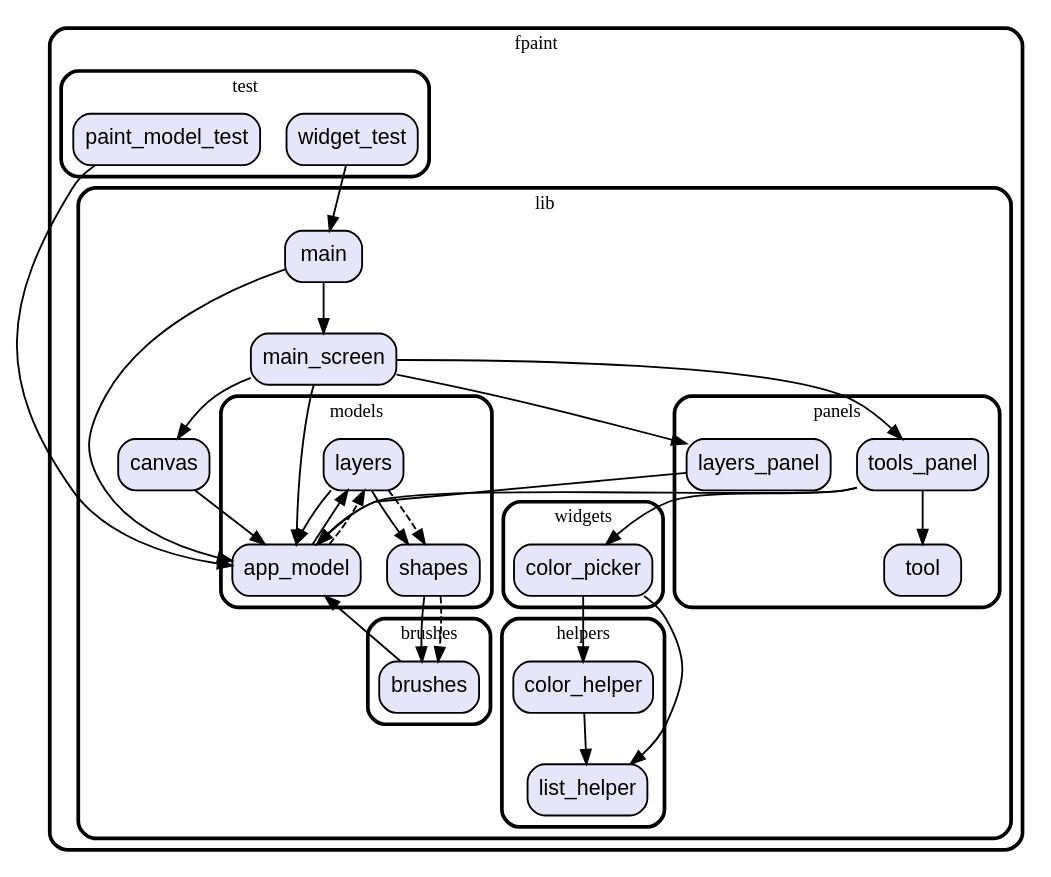
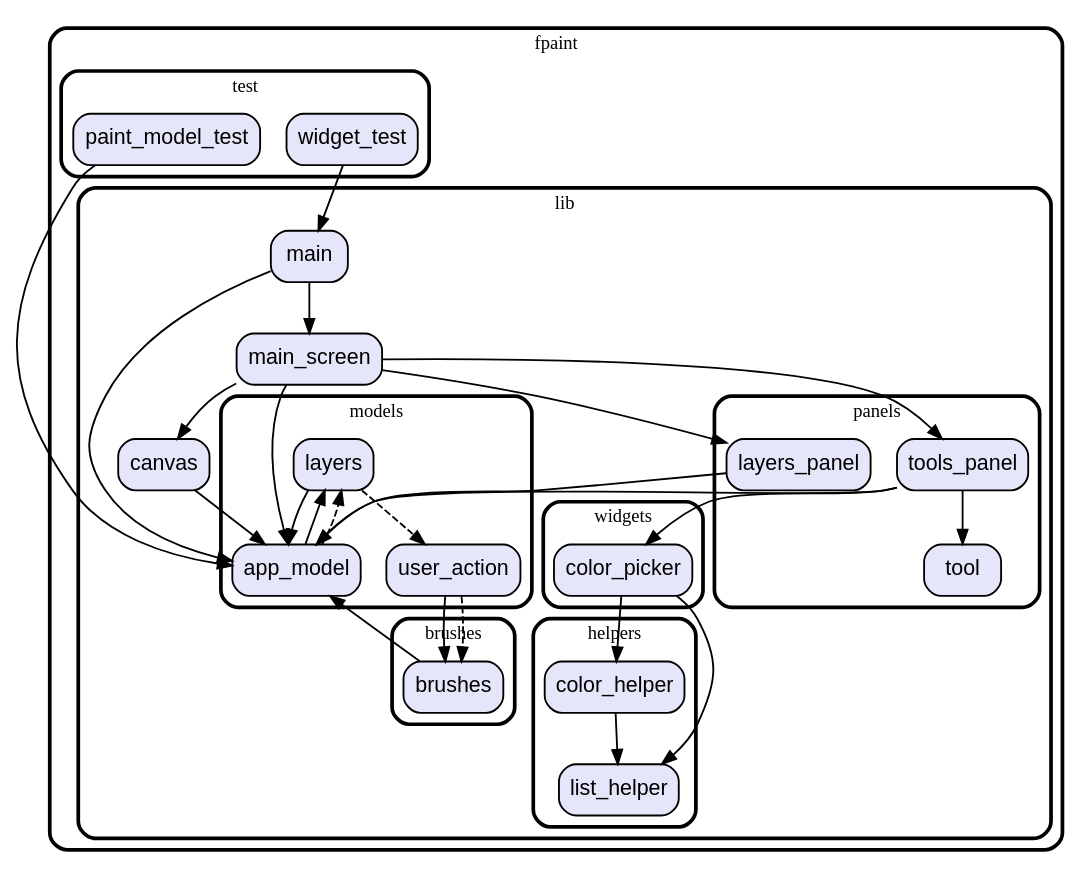
The diagram in graph.dot (vteam-com/fPaint), drawn with Graphviz before and after one commit. The commit also changed 9 other files, not shown here.

Commit message:
refactor rename to Tools and UserAction

```diff
--- a/graph.dot
+++ b/graph.dot
@@ -1,83 +1,82 @@
 digraph "" {
   graph [style=rounded fontname="Arial Black" fontsize=13 penwidth=2.6];
   node [shape=rect style="filled,rounded" fontname=Arial fontsize=15 fillcolor=Lavender penwidth=1.3];
   edge [penwidth=1.3];
   "/test/paint_model_test.dart" [label="paint_model_test"];
   "/test/widget_test.dart" [label="widget_test"];
   "/lib/brushes/brushes.dart" [label="brushes"];
   "/lib/panels/tools_panel.dart" [label="tools_panel"];
   "/lib/panels/layers_panel.dart" [label="layers_panel"];
   "/lib/panels/tool.dart" [label="tool"];
   "/lib/models/layers.dart" [label="layers"];
-  "/lib/models/shapes.dart" [label="shapes"];
+  "/lib/models/user_action.dart" [label="user_action"];
   "/lib/models/app_model.dart" [label="app_model"];
   "/lib/main.dart" [label="main"];
   "/lib/canvas.dart" [label="canvas"];
   "/lib/main_screen.dart" [label="main_screen"];
   "/lib/helpers/list_helper.dart" [label="list_helper"];
   "/lib/helpers/color_helper.dart" [label="color_helper"];
   "/lib/widgets/color_picker.dart" [label="color_picker"];
   subgraph "cluster~" {
     label="fpaint";
     subgraph "cluster~/test" {
       label="test";
       "/test/paint_model_test.dart";
       "/test/widget_test.dart";
     }
     subgraph "cluster~/lib" {
       label="lib";
       "/lib/main.dart";
       "/lib/canvas.dart";
       "/lib/main_screen.dart";
       subgraph "cluster~/lib/brushes" {
         label="brushes";
         "/lib/brushes/brushes.dart";
       }
       subgraph "cluster~/lib/panels" {
         label="panels";
         "/lib/panels/tools_panel.dart";
         "/lib/panels/layers_panel.dart";
         "/lib/panels/tool.dart";
       }
       subgraph "cluster~/lib/models" {
         label="models";
         "/lib/models/layers.dart";
-        "/lib/models/shapes.dart";
+        "/lib/models/user_action.dart";
         "/lib/models/app_model.dart";
       }
       subgraph "cluster~/lib/helpers" {
         label="helpers";
         "/lib/helpers/list_helper.dart";
         "/lib/helpers/color_helper.dart";
       }
       subgraph "cluster~/lib/widgets" {
         label="widgets";
         "/lib/widgets/color_picker.dart";
       }
     }
   }
   "/test/paint_model_test.dart" -> "/lib/models/app_model.dart";
   "/test/widget_test.dart" -> "/lib/main.dart";
   "/lib/brushes/brushes.dart" -> "/lib/models/app_model.dart";
   "/lib/panels/tools_panel.dart" -> "/lib/models/app_model.dart";
   "/lib/panels/tools_panel.dart" -> "/lib/panels/tool.dart";
   "/lib/panels/tools_panel.dart" -> "/lib/widgets/color_picker.dart";
   "/lib/panels/layers_panel.dart" -> "/lib/models/app_model.dart";
   "/lib/models/layers.dart" -> "/lib/models/app_model.dart";
-  "/lib/models/layers.dart" -> "/lib/models/shapes.dart";
-  "/lib/models/layers.dart" -> "/lib/models/shapes.dart" [style=dashed];
-  "/lib/models/shapes.dart" -> "/lib/brushes/brushes.dart";
-  "/lib/models/shapes.dart" -> "/lib/brushes/brushes.dart" [style=dashed];
+  "/lib/models/layers.dart" -> "/lib/models/user_action.dart" [style=dashed];
+  "/lib/models/user_action.dart" -> "/lib/brushes/brushes.dart";
+  "/lib/models/user_action.dart" -> "/lib/brushes/brushes.dart" [style=dashed];
   "/lib/models/app_model.dart" -> "/lib/models/layers.dart";
   "/lib/models/app_model.dart" -> "/lib/models/layers.dart" [style=dashed];
   "/lib/main.dart" -> "/lib/main_screen.dart";
   "/lib/main.dart" -> "/lib/models/app_model.dart";
   "/lib/canvas.dart" -> "/lib/models/app_model.dart";
   "/lib/main_screen.dart" -> "/lib/canvas.dart";
   "/lib/main_screen.dart" -> "/lib/panels/layers_panel.dart";
   "/lib/main_screen.dart" -> "/lib/panels/tools_panel.dart";
   "/lib/main_screen.dart" -> "/lib/models/app_model.dart";
   "/lib/helpers/color_helper.dart" -> "/lib/helpers/list_helper.dart";
   "/lib/widgets/color_picker.dart" -> "/lib/helpers/color_helper.dart";
   "/lib/widgets/color_picker.dart" -> "/lib/helpers/list_helper.dart";
 }
```
